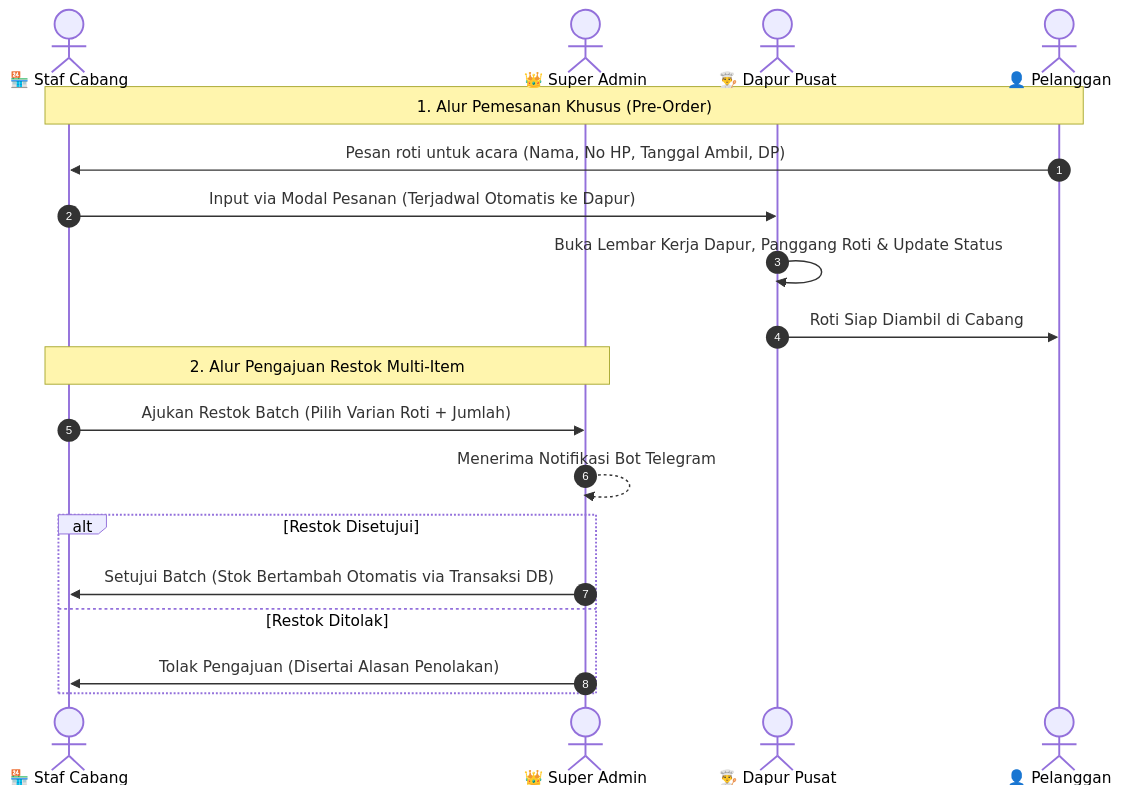
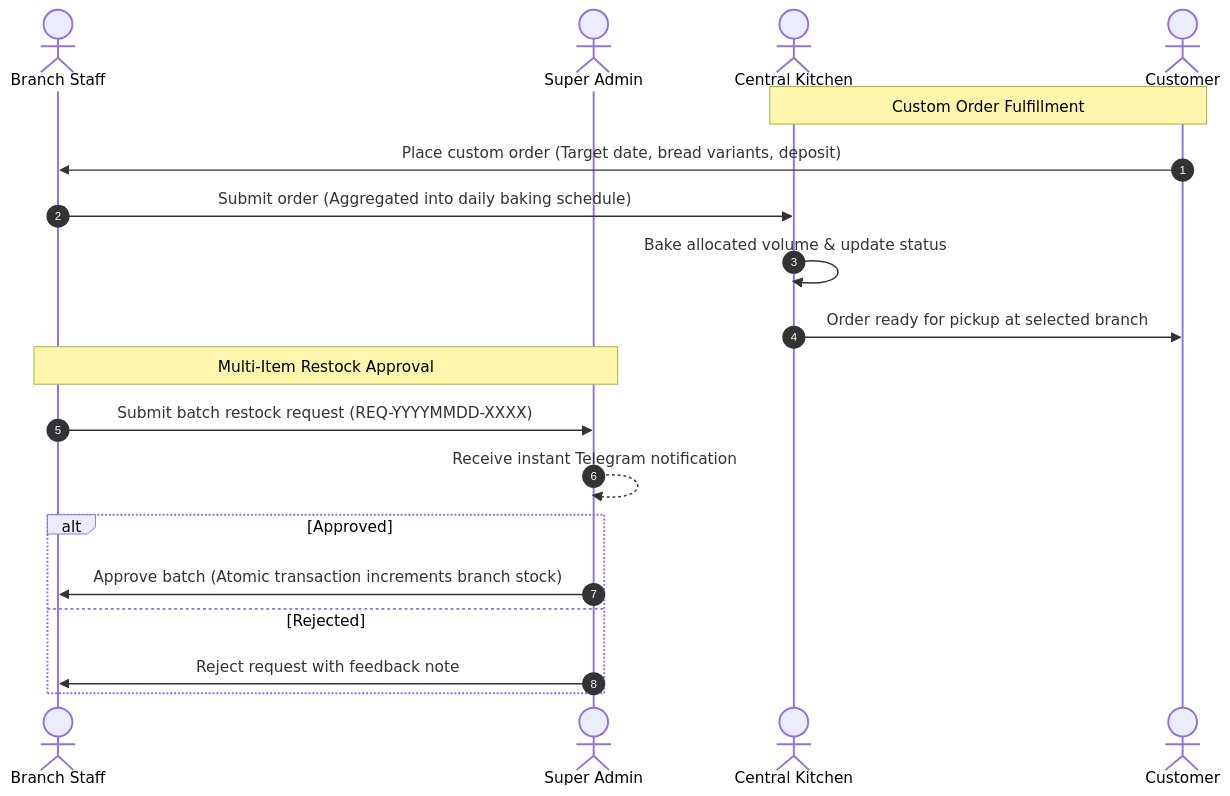
The second of 2 diagrams in README.md (Ferdyagustian/FE-Family-Bakery-Stok-WEB), drawn with Mermaid before and after one commit. The commit also changed other lines of this file, not shown here.

````diff
--- a/README.md
+++ b/README.md
@@ -53,23 +55,23 @@
 ```mermaid
 sequenceDiagram
     autonumber
-    actor Staff as 🏪 Staf Cabang
-    actor Admin as 👑 Super Admin
-    actor Kitchen as 👨‍🍳 Dapur Pusat
-    actor Customer as 👤 Pelanggan
+    actor Branch as Branch Staff
+    actor Admin as Super Admin
+    actor Kitchen as Central Kitchen
+    actor Customer as Customer
 
-    Note over Customer,Staff: 1. Alur Pemesanan Khusus (Pre-Order)
-    Customer->>Staff: Pesan roti untuk acara (Nama, No HP, Tanggal Ambil, DP)
-    Staff->>Kitchen: Input via Modal Pesanan (Terjadwal Otomatis ke Dapur)
-    Kitchen->>Kitchen: Buka Lembar Kerja Dapur, Panggang Roti & Update Status
-    Kitchen->>Customer: Roti Siap Diambil di Cabang
+    Note over Customer,Kitchen: Custom Order Fulfillment
+    Customer->>Branch: Place custom order (Target date, bread variants, deposit)
+    Branch->>Kitchen: Submit order (Aggregated into daily baking schedule)
+    Kitchen->>Kitchen: Bake allocated volume & update status
+    Kitchen->>Customer: Order ready for pickup at selected branch
 
-    Note over Staff,Admin: 2. Alur Pengajuan Restok Multi-Item
-    Staff->>Admin: Ajukan Restok Batch (Pilih Varian Roti + Jumlah)
-    Admin-->>Admin: Menerima Notifikasi Bot Telegram
-    alt Restok Disetujui
-        Admin->>Staff: Setujui Batch (Stok Bertambah Otomatis via Transaksi DB)
-    else Restok Ditolak
-        Admin->>Staff: Tolak Pengajuan (Disertai Alasan Penolakan)
+    Note over Branch,Admin: Multi-Item Restock Approval
+    Branch->>Admin: Submit batch restock request (REQ-YYYYMMDD-XXXX)
+    Admin-->>Admin: Receive instant Telegram notification
+    alt Approved
+        Admin->>Branch: Approve batch (Atomic transaction increments branch stock)
+    else Rejected
+        Admin->>Branch: Reject request with feedback note
     end
 ```
````
